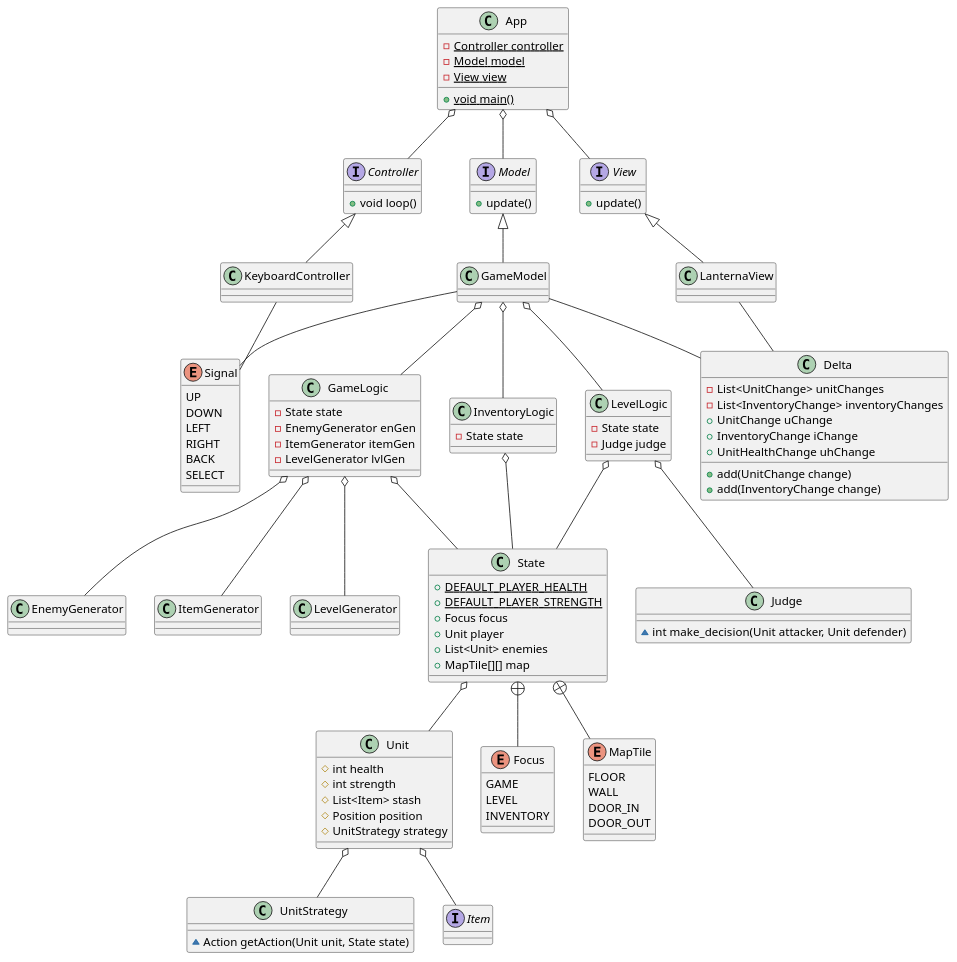
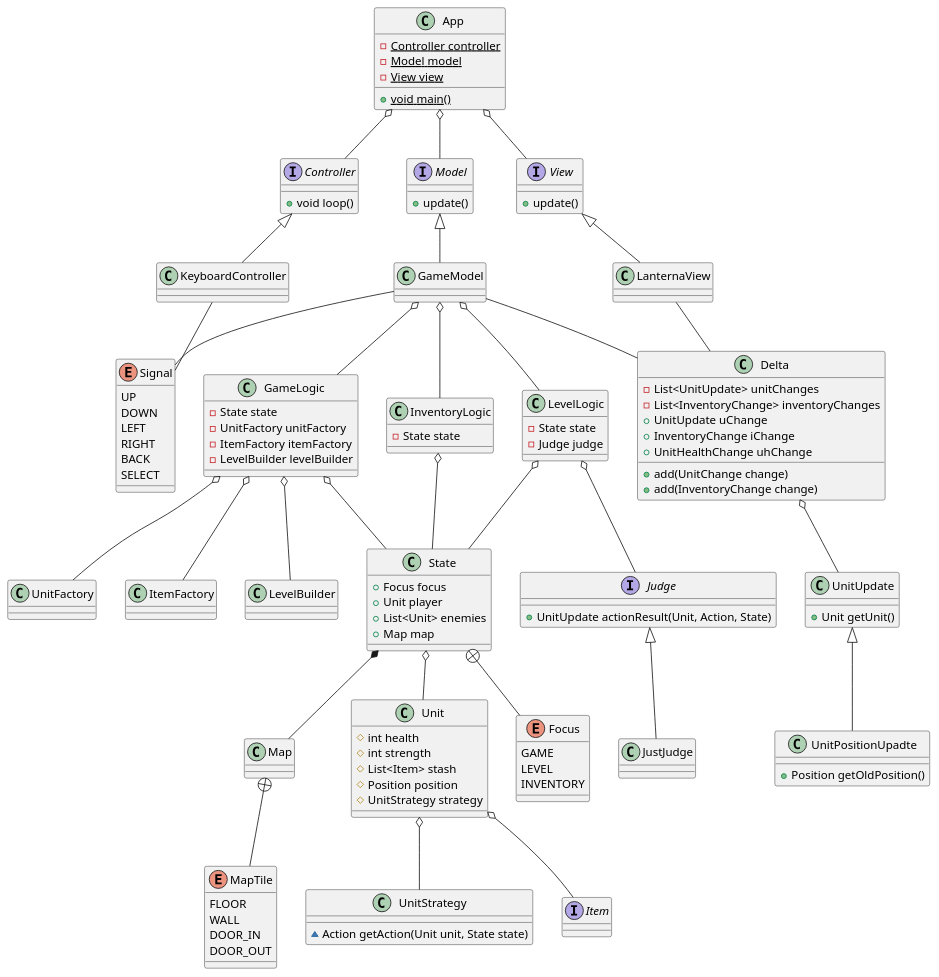
The diagram in class_diagram.puml (Ane1y/rogue), drawn with PlantUML before and after one commit.

Commit message:
Updated Class Diagram

```diff
--- a/class_diagram.puml
+++ b/class_diagram.puml
@@ -1,144 +1,164 @@
 @startuml
 
 class App {
    - {static} Controller controller
    - {static} Model model
    - {static} View view
 
    + {static} void main()
 }
 
 interface Controller {
    + void loop()
 }
 
 interface Model {
    + update()
 }
 
 class GameModel {}
 
 interface View {
    + update()
 }
 
 class KeyboardController {}
 
 enum Signal {
    UP
    DOWN
    LEFT
    RIGHT
    BACK
    SELECT
 }
 
 class LanternaView {}
 
 class GameLogic {
    - State state
-   - EnemyGenerator enGen
-   - ItemGenerator itemGen
-   - LevelGenerator lvlGen
+   - UnitFactory unitFactory
+   - ItemFactory itemFactory
+   - LevelBuilder levelBuilder
 }
 
 class InventoryLogic {
    - State state
 }
 
 class LevelLogic {
    - State state
    - Judge judge
 }
 
-class Judge {
-   ~int make_decision(Unit attacker, Unit defender)
+interface Judge {
+   + UnitUpdate actionResult(Unit, Action, State)
 }
 
-class EnemyGenerator {}
-class ItemGenerator {}
-class LevelGenerator {}
+class JustJudge {
+
+}
+
+Judge <|-- JustJudge
+
+class UnitFactory {}
+class ItemFactory {}
+class LevelBuilder {}
 
 class State {
-   + {static} DEFAULT_PLAYER_HEALTH
-   + {static} DEFAULT_PLAYER_STRENGTH
    + Focus focus
    + Unit player
    + List<Unit> enemies
-   + MapTile[][] map   
+   + Map map
+}
+
+class Map {
+
 }
 
 class Unit {
    # int health
    # int strength
    # List<Item> stash
    # Position position
    # UnitStrategy strategy
 }
 
 class UnitStrategy {
    ~Action getAction(Unit unit, State state)
 }
 
 interface Item {}
 
 Enum Focus {
    GAME
    LEVEL
    INVENTORY
 }
 
 Enum MapTile {
    FLOOR
    WALL
    DOOR_IN
    DOOR_OUT
 }
 
 class Delta {
-   - List<UnitChange> unitChanges
+   - List<UnitUpdate> unitChanges
    - List<InventoryChange> inventoryChanges
-   + UnitChange uChange
+   + UnitUpdate uChange
    + InventoryChange iChange
    + UnitHealthChange uhChange
 
    + add(UnitChange change)
    + add(InventoryChange change)
 }
+
+class UnitUpdate {
+   + Unit getUnit()
+}
+
+class UnitPositionUpadte {
+   + Position getOldPosition()
+}
+
+Delta o-- UnitUpdate
+UnitUpdate <|-- UnitPositionUpadte
 
 App o-- Controller
 App o-- Model
 App o-- View
 
 Controller <|-- KeyboardController
 
 View <|-- LanternaView
 
 Model <|-- GameModel
 
 GameModel o-- GameLogic
 GameModel o-- LevelLogic
 GameModel o-- InventoryLogic
 
 GameLogic o-- State
-GameLogic o-- EnemyGenerator
-GameLogic o-- ItemGenerator
-GameLogic o-- LevelGenerator  
+GameLogic o-- UnitFactory
+GameLogic o-- ItemFactory
+GameLogic o-- LevelBuilder
 
 LevelLogic o-- State
 LevelLogic o-- Judge
 
 InventoryLogic o-- State
 
 State o-- Unit
 State +-- Focus
-State +-- MapTile
+State *-- Map
+Map +-- MapTile
 
 Unit o-- Item
 Unit o-- UnitStrategy
 
 GameModel -- Delta
 LanternaView -- Delta
 KeyboardController -- Signal
 GameModel -- Signal
 @enduml
```
